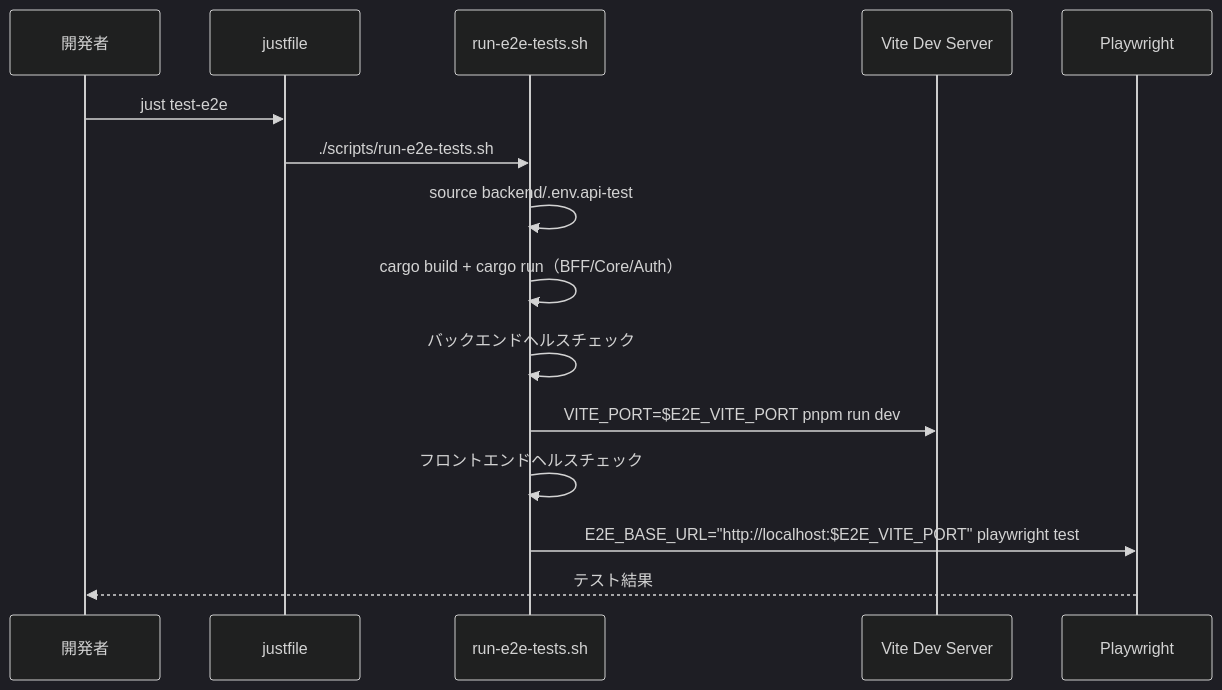
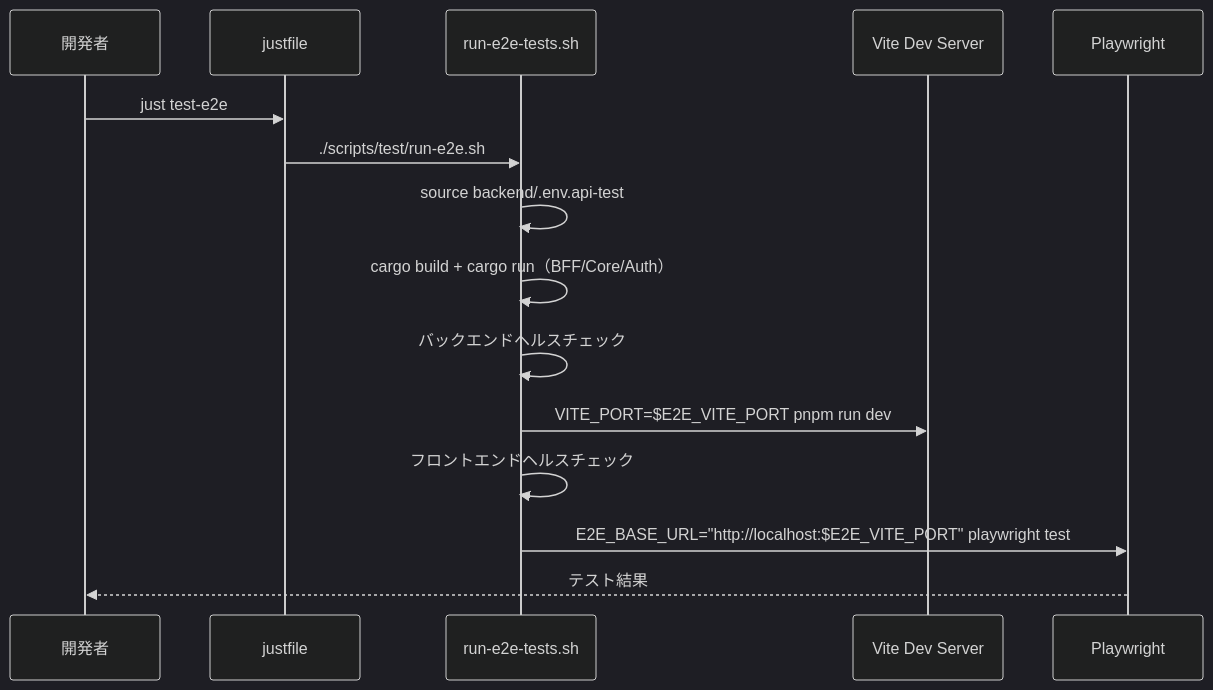
One commit to ka2kama/ringiflow changed the fifth of 6 diagrams in docs/07_実装解説/03_並行開発環境/03_テスト環境worktree対応_機能解説.md. Above: the diagram before and after it, drawn with Mermaid (dark theme). The commit also changed other lines of this file and 34 other files, not shown here.

````diff
--- a/docs/07_実装解説/03_並行開発環境/03_テスト環境worktree対応_機能解説.md
+++ b/docs/07_実装解説/03_並行開発環境/03_テスト環境worktree対応_機能解説.md
@@ -182,18 +182,18 @@
 ```mermaid
 sequenceDiagram
     participant User as 開発者
     participant Just as justfile
     participant Script as run-e2e-tests.sh
     participant Vite as Vite Dev Server
     participant PW as Playwright
 
     User->>Just: just test-e2e
-    Just->>Script: ./scripts/run-e2e-tests.sh
+    Just->>Script: ./scripts/test/run-e2e.sh
     Script->>Script: source backend/.env.api-test
     Script->>Script: cargo build + cargo run（BFF/Core/Auth）
     Script->>Script: バックエンドヘルスチェック
     Script->>Vite: VITE_PORT=$E2E_VITE_PORT pnpm run dev
     Script->>Script: フロントエンドヘルスチェック
     Script->>PW: E2E_BASE_URL="http://localhost:$E2E_VITE_PORT" playwright test
     PW-->>User: テスト結果
 ```
````
